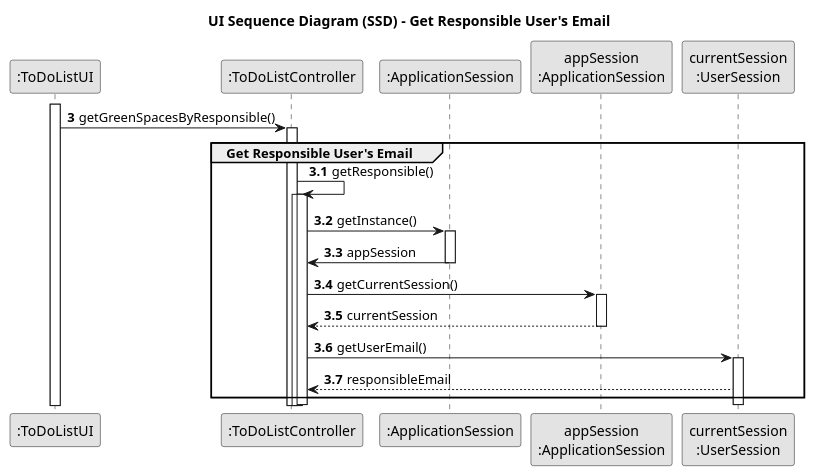
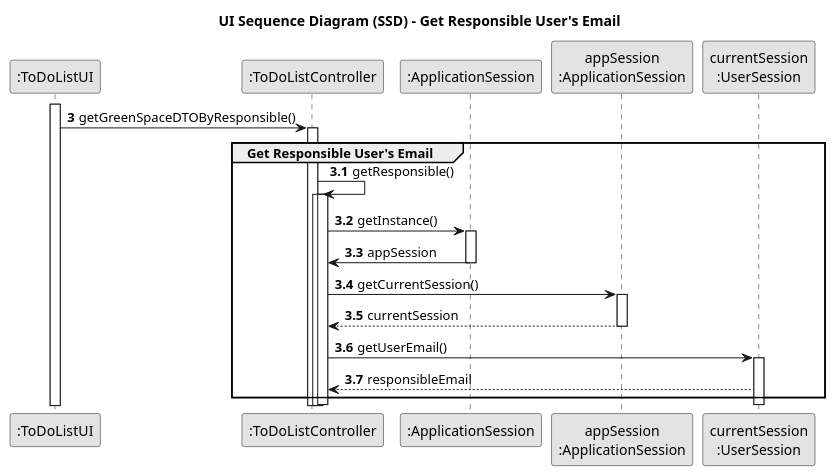
One commit to SAEmanuel/Green_Spaces_Management_ISEP changed the diagram in docs/sprintC/us021/03.design/puml/us021-sequence-diagram-partial-get-responsible-email.puml. Above: the diagram before and after it, drawn with PlantUML. The commit also changed 13 other files, not shown here.

```diff
--- a/docs/sprintC/us021/03.design/puml/us021-sequence-diagram-partial-get-responsible-email.puml
+++ b/docs/sprintC/us021/03.design/puml/us021-sequence-diagram-partial-get-responsible-email.puml
@@ -1,48 +1,48 @@
 @startuml
 skinparam monochrome true
 skinparam packageStyle rectangle
 skinparam shadowing false
 
 title UI Sequence Diagram (SSD) - Get Responsible User's Email
 
 autonumber
 
 
 participant ":ToDoListUI" as UI
 participant ":ToDoListController" as CTRL
 participant ":ApplicationSession" as _APP
 participant "appSession\n:ApplicationSession" as APP
 participant "currentSession\n:UserSession" as SESSAO
 
 activate UI
 autonumber 3
-UI -> CTRL : getGreenSpacesByResponsible()
+UI -> CTRL : getGreenSpaceDTOByResponsible()
 activate CTRL
 
 group Get Responsible User's Email
 
 autonumber 3.1
 CTRL -> CTRL : getResponsible()
 activate CTRL
 
 activate CTRL
 
 CTRL -> _APP: getInstance()
 activate _APP
 _APP -> CTRL: appSession
 deactivate _APP
 
 CTRL -> APP: getCurrentSession()
 activate APP
 APP --> CTRL: currentSession
 deactivate APP
 
 CTRL -> SESSAO: getUserEmail()
 activate SESSAO
 SESSAO --> CTRL: responsibleEmail
 end
 deactivate SESSAO
 
 deactivate CTRL
 
 @enduml
```
